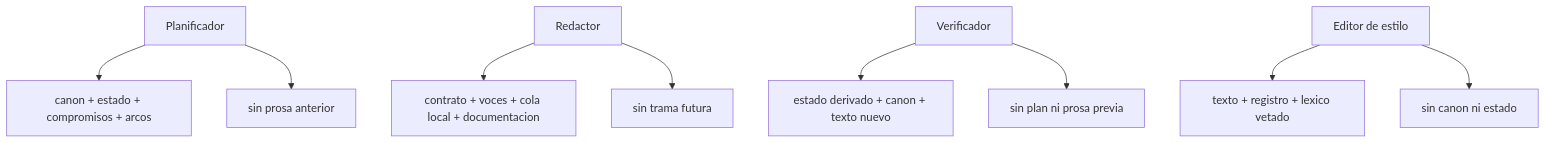
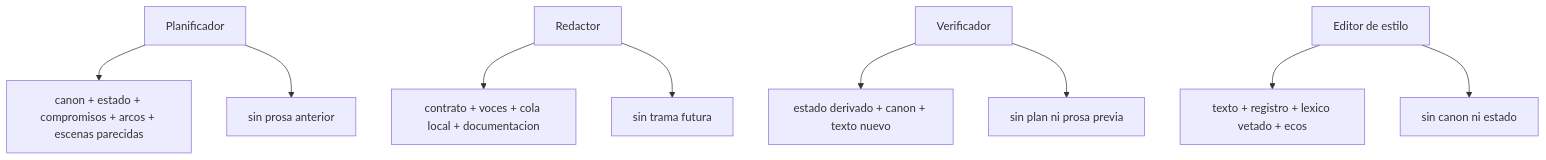
Before and after one commit to alvarofernandezqaracter/my-story-maker: the eighth of 9 diagrams in docs/architecture.md, drawn with Mermaid. The commit also changed other lines of this file and 1 other file, not shown here.

````diff
--- a/docs/architecture.md
+++ b/docs/architecture.md
@@ -308,11 +371,11 @@
 ```mermaid
 flowchart TD
-  VP[Planificador] --> VP1[canon + estado + compromisos + arcos]
+  VP[Planificador] --> VP1[canon + estado + compromisos + arcos + escenas parecidas]
   VP --> VPX[sin prosa anterior]
   VR[Redactor] --> VR1[contrato + voces + cola local + documentacion]
   VR --> VRX[sin trama futura]
   VV[Verificador] --> VV1[estado derivado + canon + texto nuevo]
   VV --> VVX[sin plan ni prosa previa]
-  VE[Editor de estilo] --> VE1[texto + registro + lexico vetado]
+  VE[Editor de estilo] --> VE1[texto + registro + lexico vetado + ecos]
   VE --> VEX[sin canon ni estado]
 ```
````
